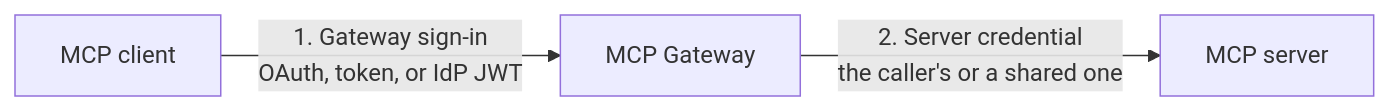
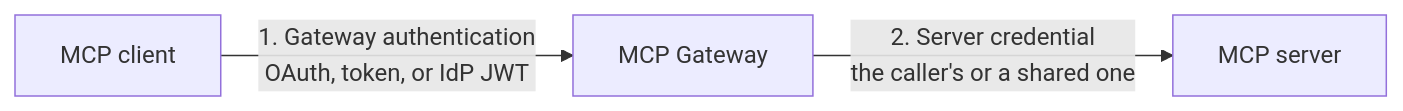
The diagram in docs/pages/mcp/authentication/index.md (archestra-ai/archestra), drawn with Mermaid before and after one commit. The commit also changed other lines of this file and 51 other files, not shown here.

````diff
--- a/docs/pages/mcp/authentication/index.md
+++ b/docs/pages/mcp/authentication/index.md
@@ -19,7 +20,7 @@
 ```mermaid
 graph LR
-    Client["MCP client"] -->|"1. Gateway sign-in<br/>OAuth, token, or IdP JWT"| Gateway["MCP Gateway"]
+    Client["MCP client"] -->|"1. Gateway authentication<br/>OAuth, token, or IdP JWT"| Gateway["MCP Gateway"]
     Gateway -->|"2. Server credential<br/>the caller's or a shared one"| Server["MCP server"]
 
     class Gateway accent
 ```
````
